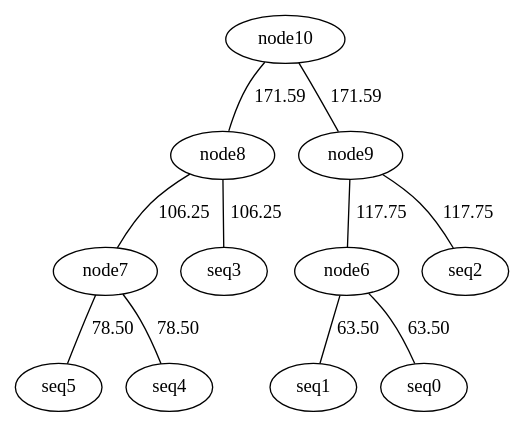
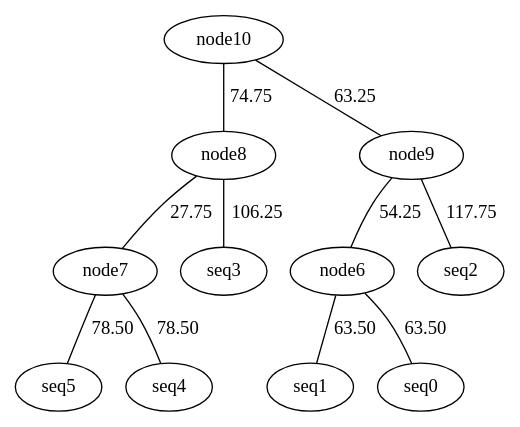
The diagram in biology/hw6/tree.dot (LoganBolton/Spring2025Classes), drawn with Graphviz before and after one commit. The commit also changed 3 other files, not shown here.

```diff
--- a/biology/hw6/tree.dot
+++ b/biology/hw6/tree.dot
@@ -1,12 +1,12 @@
 graph UPGMA {
-    "node6" -- "seq1" [weight=63.50, label="63.50"];
-    "node6" -- "seq0" [weight=63.50, label="63.50"];
-    "node7" -- "seq5" [weight=78.50, label="78.50"];
-    "node7" -- "seq4" [weight=78.50, label="78.50"];
-    "node8" -- "node7" [weight=106.25, label="106.25"];
-    "node8" -- "seq3" [weight=106.25, label="106.25"];
-    "node9" -- "node6" [weight=117.75, label="117.75"];
-    "node9" -- "seq2" [weight=117.75, label="117.75"];
-    "node10" -- "node9" [weight=171.59, label="171.59"];
-    "node10" -- "node8" [weight=171.59, label="171.59"];
+    "node6" -- "seq1" [weight=63.50000, label="63.50"];
+    "node6" -- "seq0" [weight=63.50000, label="63.50"];
+    "node7" -- "seq5" [weight=78.50000, label="78.50"];
+    "node7" -- "seq4" [weight=78.50000, label="78.50"];
+    "node8" -- "seq3" [weight=106.25000, label="106.25"];
+    "node8" -- "node7" [weight=27.75000, label="27.75"];
+    "node9" -- "seq2" [weight=117.75000, label="117.75"];
+    "node9" -- "node6" [weight=54.25000, label="54.25"];
+    "node10" -- "node8" [weight=74.75000, label="74.75"];
+    "node10" -- "node9" [weight=63.25000, label="63.25"];
 }
```
